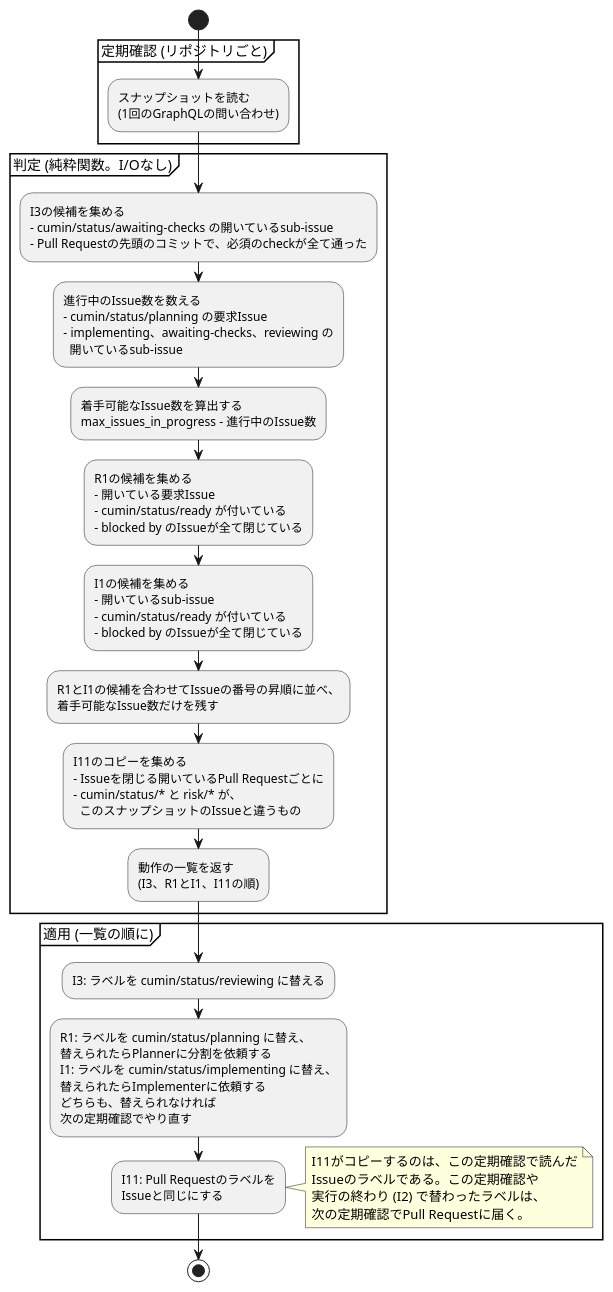
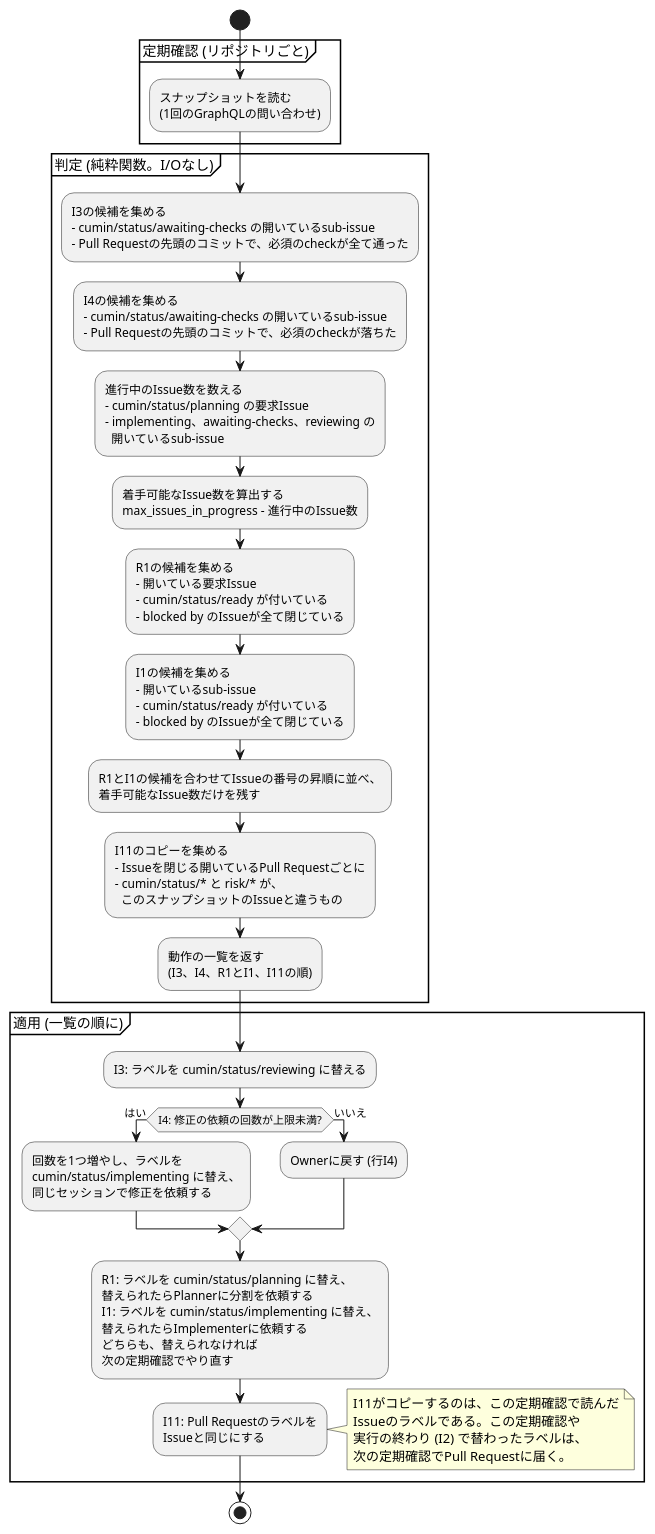
Before and after one commit to cloveclovedev/cumin-works: the diagram in docs/ja/designs/poll-decide.puml, drawn with PlantUML. The commit also changed 12 other files, not shown here.

```diff
--- a/docs/ja/designs/poll-decide.puml
+++ b/docs/ja/designs/poll-decide.puml
@@ -1,58 +1,68 @@
 @startuml poll-decide
 ' cumin works - 定期確認の判定。スナップショットから動作の一覧を決める。
 ' 行の番号 (I1 など) は issue-states.md の表に対応する。
 ' SVGの書き出し: リポジトリの直下で scripts/render-diagrams.sh を実行する。
 skinparam shadowing false
 skinparam defaultFontName sans-serif
 
 start
 partition "定期確認 (リポジトリごと)" {
   :スナップショットを読む
   (1回のGraphQLの問い合わせ);
 }
 partition "判定 (純粋関数。I/Oなし)" {
   :I3の候補を集める
   - cumin/status/awaiting-checks の開いているsub-issue
   - Pull Requestの先頭のコミットで、必須のcheckが全て通った;
+  :I4の候補を集める
+  - cumin/status/awaiting-checks の開いているsub-issue
+  - Pull Requestの先頭のコミットで、必須のcheckが落ちた;
   :進行中のIssue数を数える
   - cumin/status/planning の要求Issue
   - implementing、awaiting-checks、reviewing の
     開いているsub-issue;
   :着手可能なIssue数を算出する
   max_issues_in_progress - 進行中のIssue数;
   :R1の候補を集める
   - 開いている要求Issue
   - cumin/status/ready が付いている
   - blocked by のIssueが全て閉じている;
   :I1の候補を集める
   - 開いているsub-issue
   - cumin/status/ready が付いている
   - blocked by のIssueが全て閉じている;
   :R1とI1の候補を合わせてIssueの番号の昇順に並べ、
   着手可能なIssue数だけを残す;
   :I11のコピーを集める
   - Issueを閉じる開いているPull Requestごとに
   - cumin/status/* と risk/* が、
     このスナップショットのIssueと違うもの;
   :動作の一覧を返す
-  (I3、R1とI1、I11の順);
+  (I3、I4、R1とI1、I11の順);
 }
 partition "適用 (一覧の順に)" {
   :I3: ラベルを cumin/status/reviewing に替える;
+  if (I4: 修正の依頼の回数が上限未満?) then (はい)
+    :回数を1つ増やし、ラベルを
+    cumin/status/implementing に替え、
+    同じセッションで修正を依頼する;
+  else (いいえ)
+    :Ownerに戻す (行I4);
+  endif
   :R1: ラベルを cumin/status/planning に替え、
   替えられたらPlannerに分割を依頼する
   I1: ラベルを cumin/status/implementing に替え、
   替えられたらImplementerに依頼する
   どちらも、替えられなければ
   次の定期確認でやり直す;
   :I11: Pull Requestのラベルを
   Issueと同じにする;
 }
 note right
   I11がコピーするのは、この定期確認で読んだ
   Issueのラベルである。この定期確認や
   実行の終わり (I2) で替わったラベルは、
   次の定期確認でPull Requestに届く。
 end note
 stop
 @enduml
```
